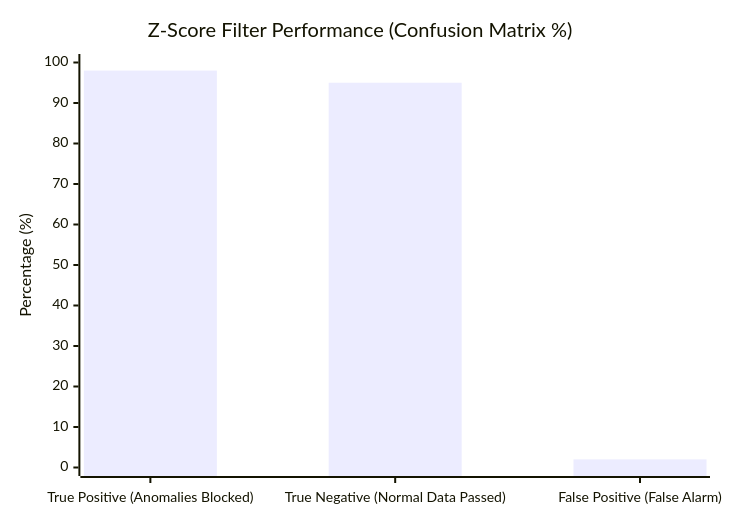
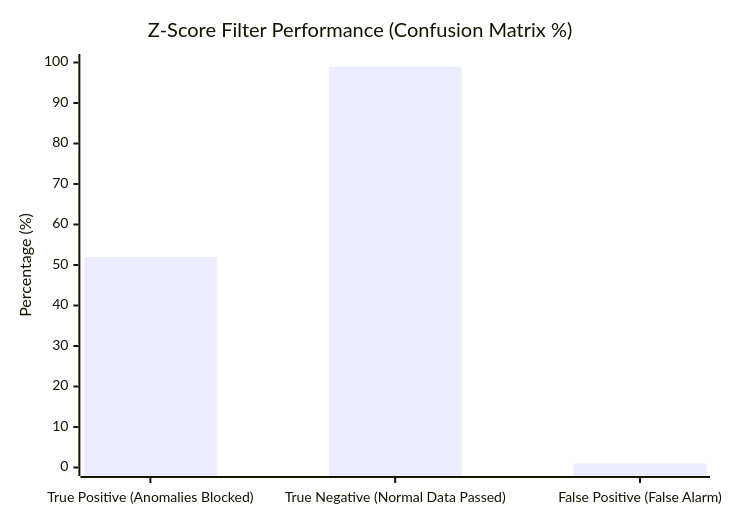
One commit to darked0/IoT_assignment changed the third of 3 diagrams in README.md. Above: the diagram before and after it, drawn with Mermaid. The commit also changed other lines of this file and 8 other files, not shown here.

````diff
--- a/README.md
+++ b/README.md
@@ -110,7 +129,7 @@
 ```mermaid
 xychart-beta
     title "Z-Score Filter Performance (Confusion Matrix %)"
     x-axis ["True Positive (Anomalies Blocked)", "True Negative (Normal Data Passed)", "False Positive (False Alarm)"]
     y-axis "Percentage (%)" 0 --> 100
-    bar [98, 95, 2]
+    bar [52, 99, 1]
 ```
````
